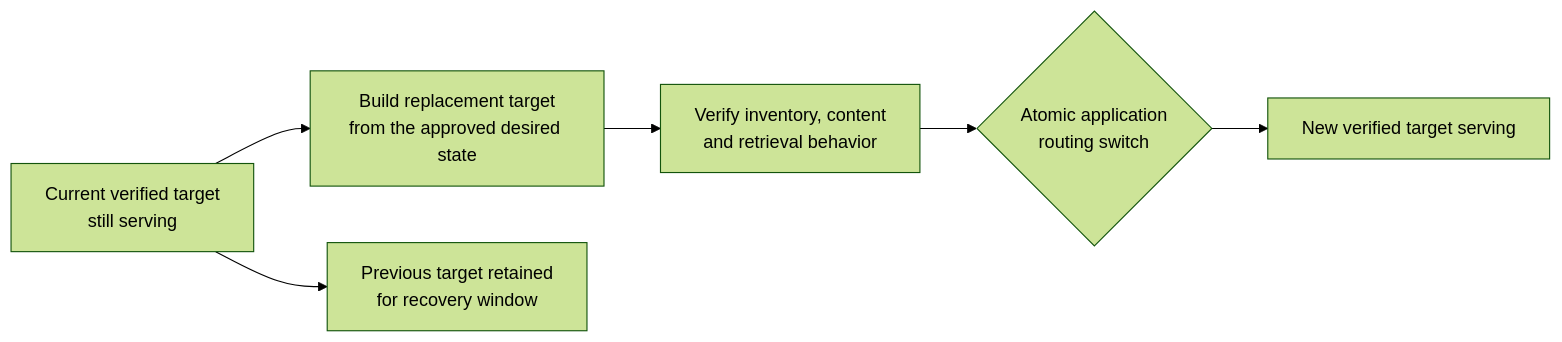
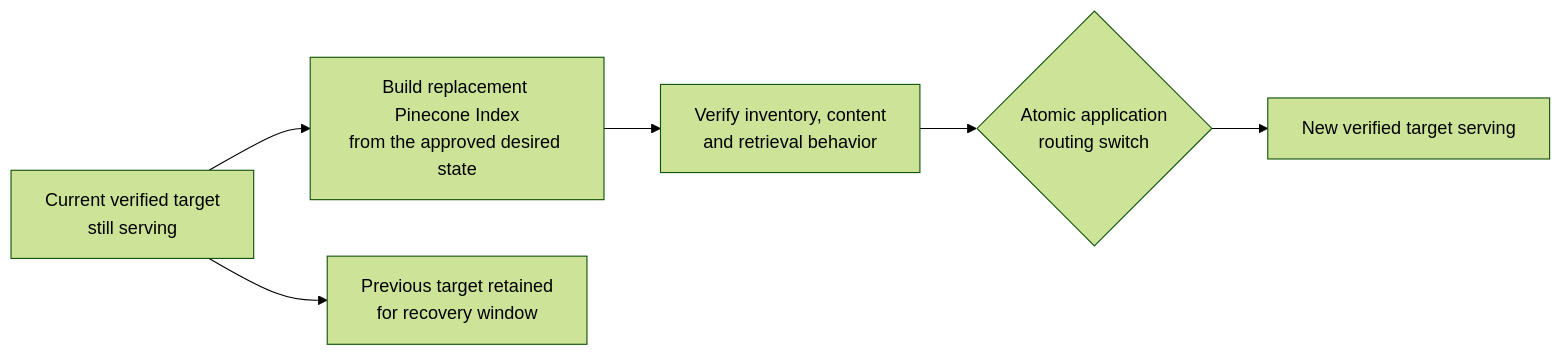
Diagram 21 of 23 in docs/design/INITIAL_OVERALL_PIPELINE_DESIGN.md (stevw-repo/AutonomousLCP), drawn with Mermaid (forest theme) before and after one commit. The commit also changed other lines of this file and 96 other files, not shown here.

````diff
--- a/docs/design/INITIAL_OVERALL_PIPELINE_DESIGN.md
+++ b/docs/design/INITIAL_OVERALL_PIPELINE_DESIGN.md
@@ -971,12 +4913,12 @@
 ```mermaid
 flowchart LR
     OLD["Current verified target<br/>still serving"]
-    BUILD["Build replacement target<br/>from the approved desired state"]
+    BUILD["Build replacement Pinecone Index<br/>from the approved desired state"]
     TEST["Verify inventory, content<br/>and retrieval behavior"]
     SWITCH{"Atomic application<br/>routing switch"}
     NEW["New verified target serving"]
     KEEP["Previous target retained<br/>for recovery window"]
 
     OLD --> BUILD --> TEST --> SWITCH --> NEW
     OLD --> KEEP
 ```
````
